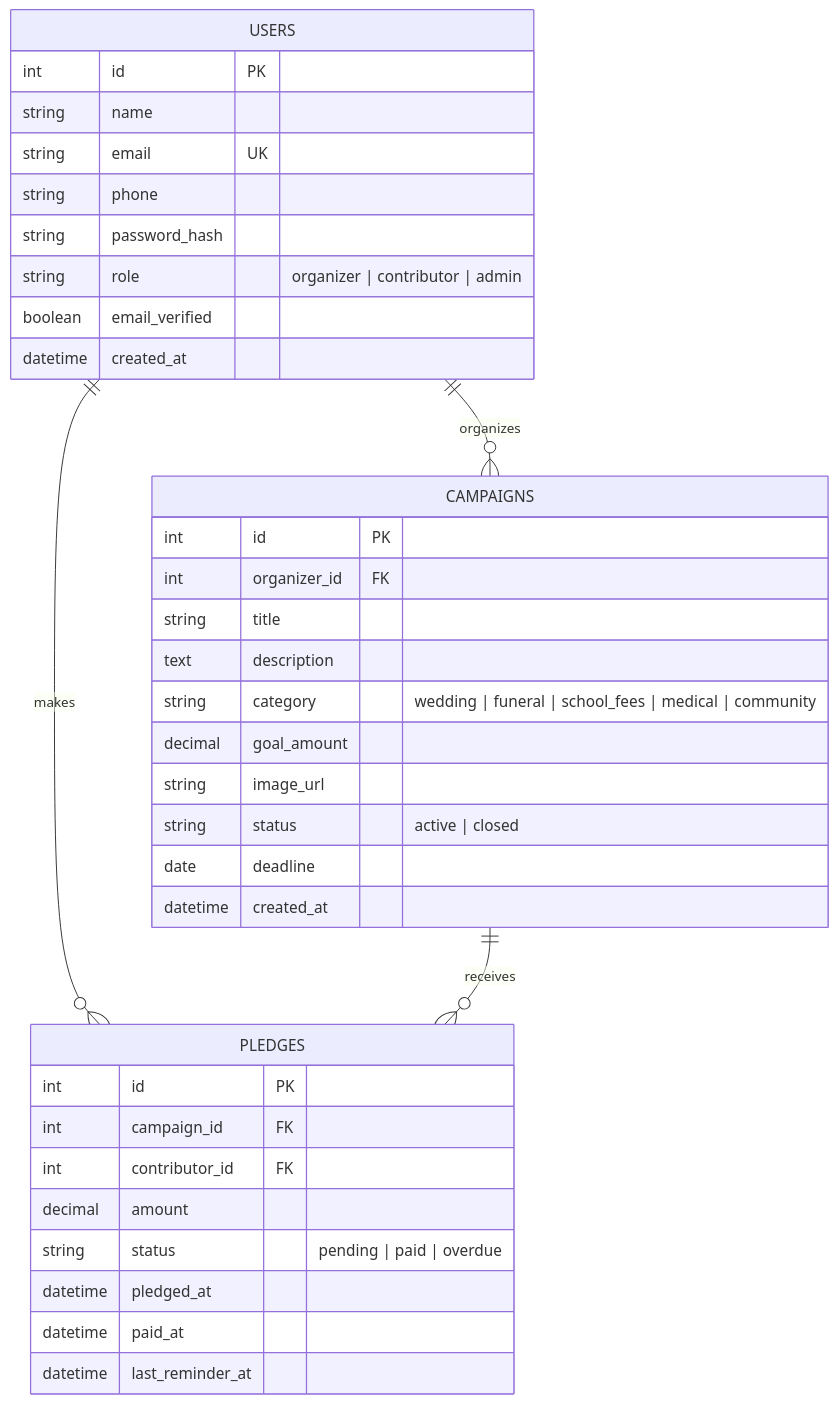
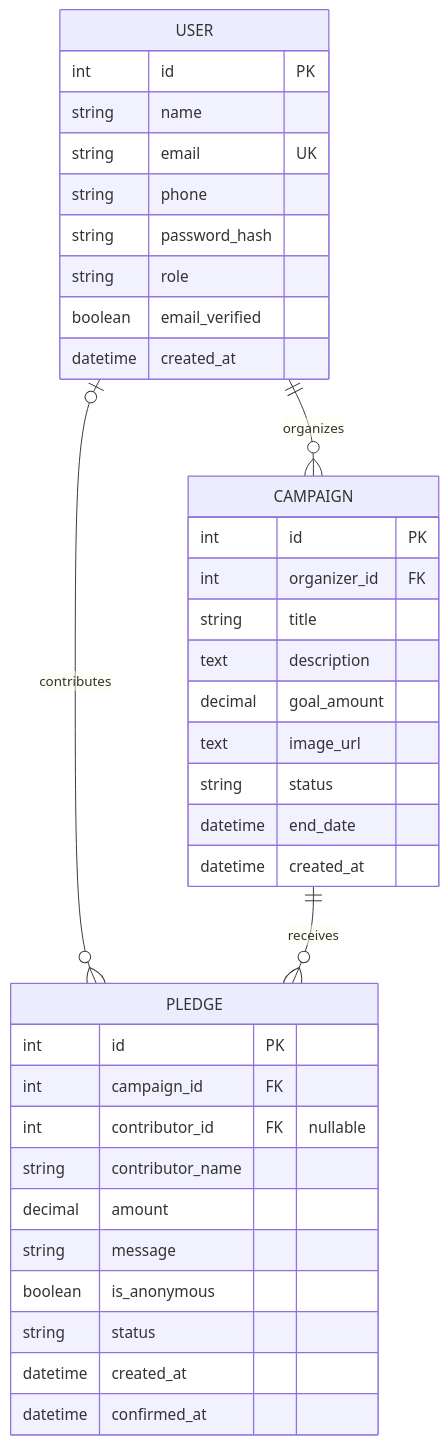
Before and after one commit to abdulsamadahmed-design/Harambee--hub_backend: the diagram in docs/database.md, drawn with Mermaid. The commit also changed other lines of this file and 7 other files, not shown here.

````diff
--- a/docs/database.md
+++ b/docs/database.md
@@ -9,41 +8,42 @@
 ```mermaid
 erDiagram
-    USERS ||--o{ CAMPAIGNS : organizes
-    USERS ||--o{ PLEDGES : makes
-    CAMPAIGNS ||--o{ PLEDGES : receives
+    USER ||--o{ CAMPAIGN : organizes
+    USER o|--o{ PLEDGE : contributes
+    CAMPAIGN ||--o{ PLEDGE : receives
 
-    USERS {
+    USER {
         int id PK
         string name
         string email UK
         string phone
         string password_hash
-        string role "organizer | contributor | admin"
+        string role
         boolean email_verified
         datetime created_at
     }
 
-    CAMPAIGNS {
+    CAMPAIGN {
         int id PK
         int organizer_id FK
         string title
         text description
-        string category "wedding | funeral | school_fees | medical | community"
         decimal goal_amount
-        string image_url
-        string status "active | closed"
-        date deadline
+        text image_url
+        string status
+        datetime end_date
         datetime created_at
     }
 
-    PLEDGES {
+    PLEDGE {
         int id PK
         int campaign_id FK
-        int contributor_id FK
+        int contributor_id FK "nullable"
+        string contributor_name
         decimal amount
-        string status "pending | paid | overdue"
-        datetime pledged_at
-        datetime paid_at
-        datetime last_reminder_at
+        string message
+        boolean is_anonymous
+        string status
+        datetime created_at
+        datetime confirmed_at
     }
 ```
````
